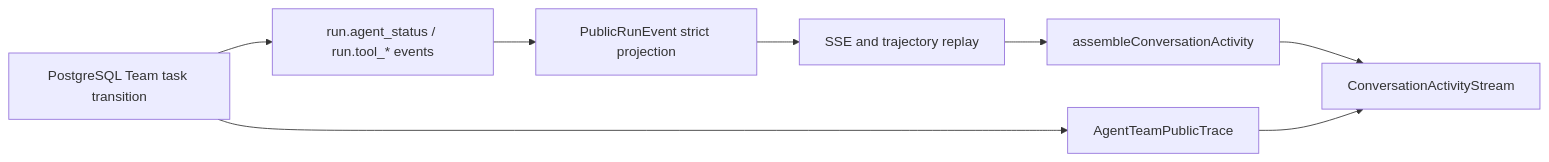
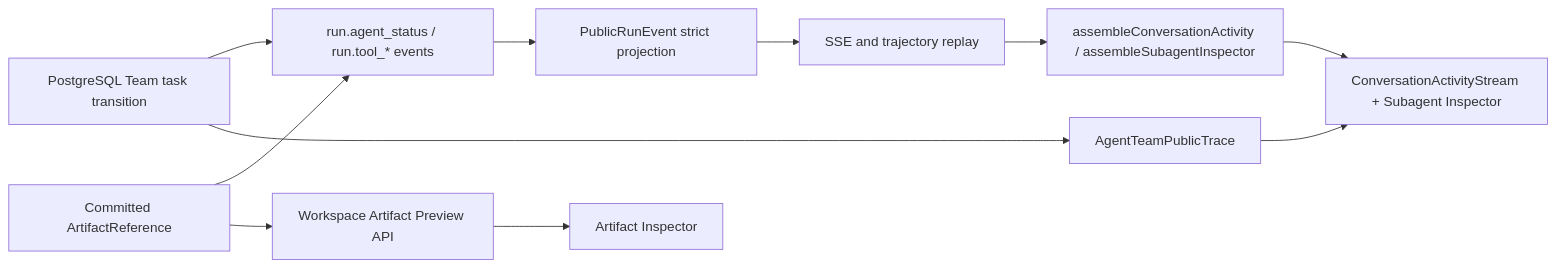
One commit to LienJack/data-agent changed the diagram in .trellis/tasks/08-18-qa-team-agent-status/design.md. Above: the diagram before and after it, drawn with Mermaid. The commit also changed other lines of this file and 15 other files, not shown here.

````diff
--- a/.trellis/tasks/08-18-qa-team-agent-status/design.md
+++ b/.trellis/tasks/08-18-qa-team-agent-status/design.md
@@ -32,10 +38,13 @@
 ```mermaid
 flowchart LR
   A["PostgreSQL Team task transition"] --> B["run.agent_status / run.tool_* events"]
   B --> C["PublicRunEvent strict projection"]
   C --> D["SSE and trajectory replay"]
-  D --> E["assembleConversationActivity"]
-  E --> F["ConversationActivityStream"]
+  D --> E["assembleConversationActivity / assembleSubagentInspector"]
+  E --> F["ConversationActivityStream + Subagent Inspector"]
   A --> G["AgentTeamPublicTrace"]
   G --> F
+  H["Committed ArtifactReference"] --> B
+  H --> I["Workspace Artifact Preview API"]
+  I --> J["Artifact Inspector"]
 ```
````
